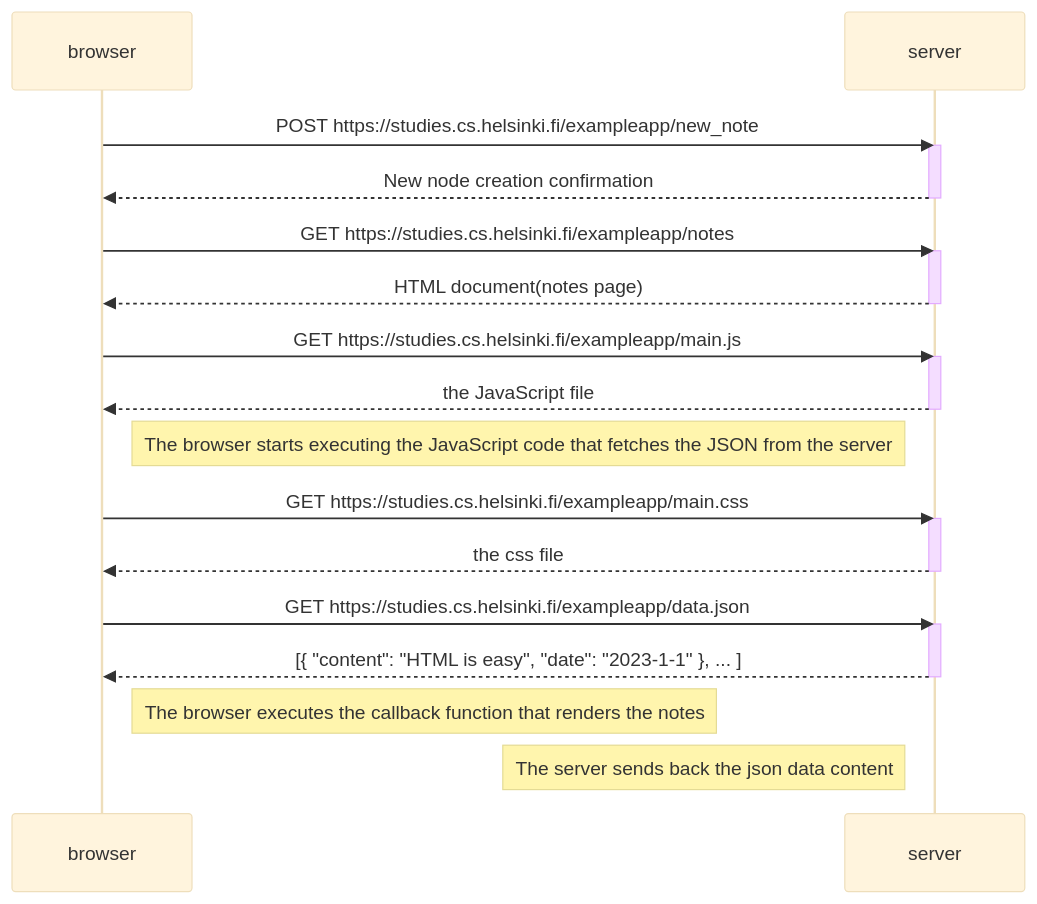
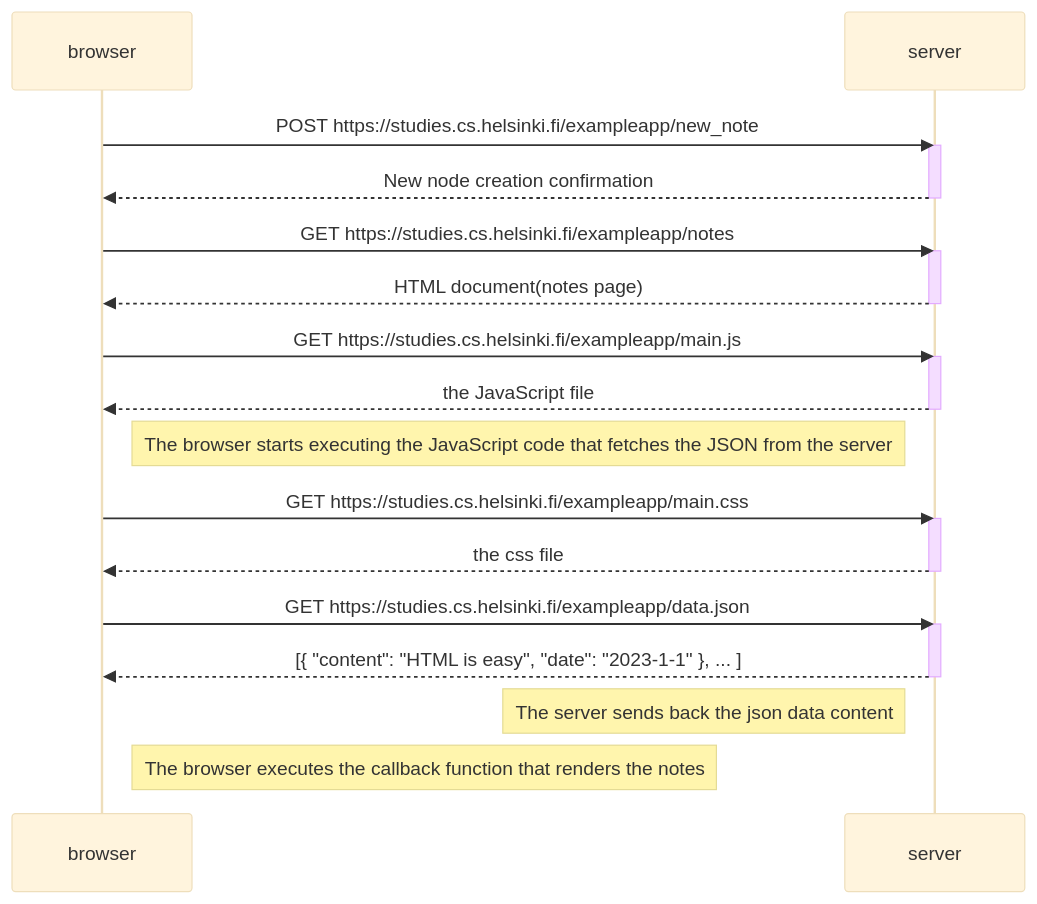
The diagram in part01/sequenceDiagram.md (gaurav8969/full-stack-open), drawn with Mermaid (base theme) before and after one commit.

Commit message:
add example mermaid markdown

````diff
--- a/part01/sequenceDiagram.md
+++ b/part01/sequenceDiagram.md
@@ -1,35 +1,34 @@
 ```mermaid
 sequenceDiagram
     participant browser
     participant server
 
     browser->>server: POST https://studies.cs.helsinki.fi/exampleapp/new_note
     activate server
     server-->>browser: New node creation confirmation
     deactivate server
     
     browser->>server: GET https://studies.cs.helsinki.fi/exampleapp/notes
     activate server
     server-->>browser: HTML document(notes page)
     deactivate server
 
     browser->>server: GET https://studies.cs.helsinki.fi/exampleapp/main.js
     activate server
     server-->>browser: the JavaScript file
     deactivate server
     Note right of browser: The browser starts executing the JavaScript code that fetches the JSON from the server
 
     browser->>server: GET https://studies.cs.helsinki.fi/exampleapp/main.css
     activate server
     server-->>browser: the css file
     deactivate server
 
 
     browser->>server: GET https://studies.cs.helsinki.fi/exampleapp/data.json
     activate server
     server-->>browser: [{ "content": "HTML is easy", "date": "2023-1-1" }, ... ]
     deactivate server
-
+    Note left of server: The server sends back the json data content
     Note right of browser: The browser executes the callback function that renders the notes
-    Note left of server: The server sends back the json data content
 ```
````
